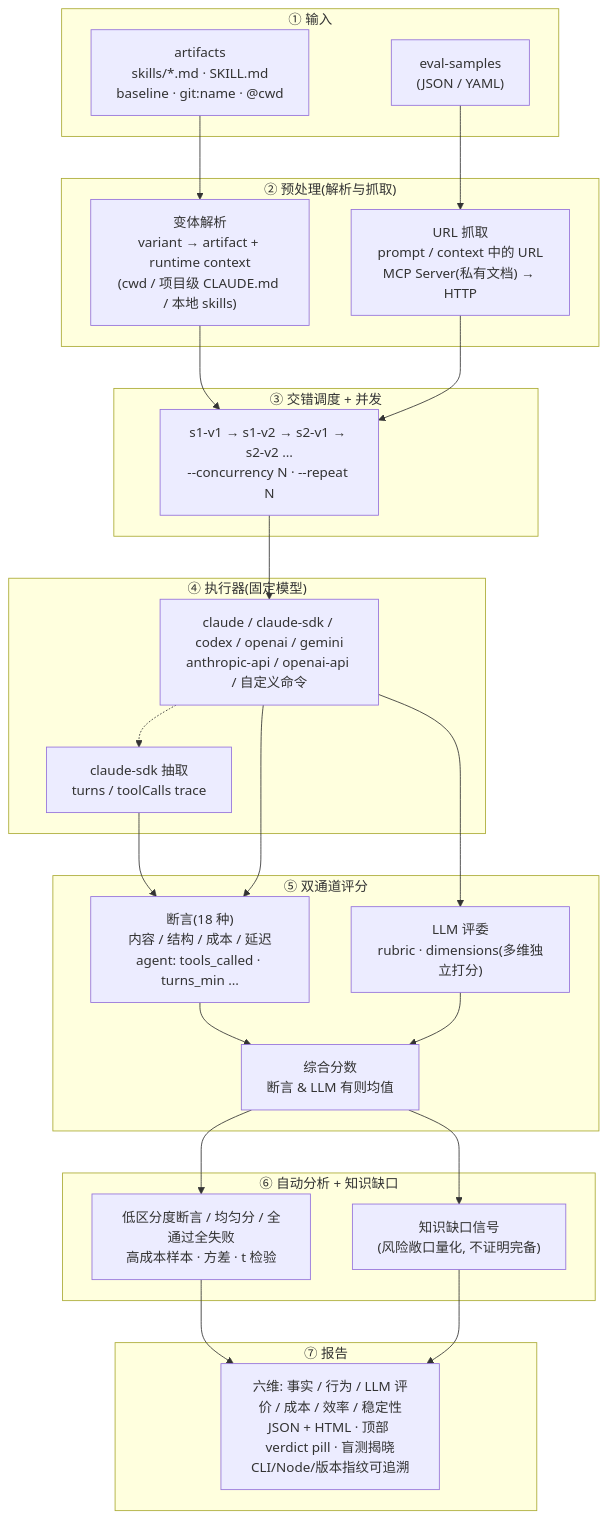
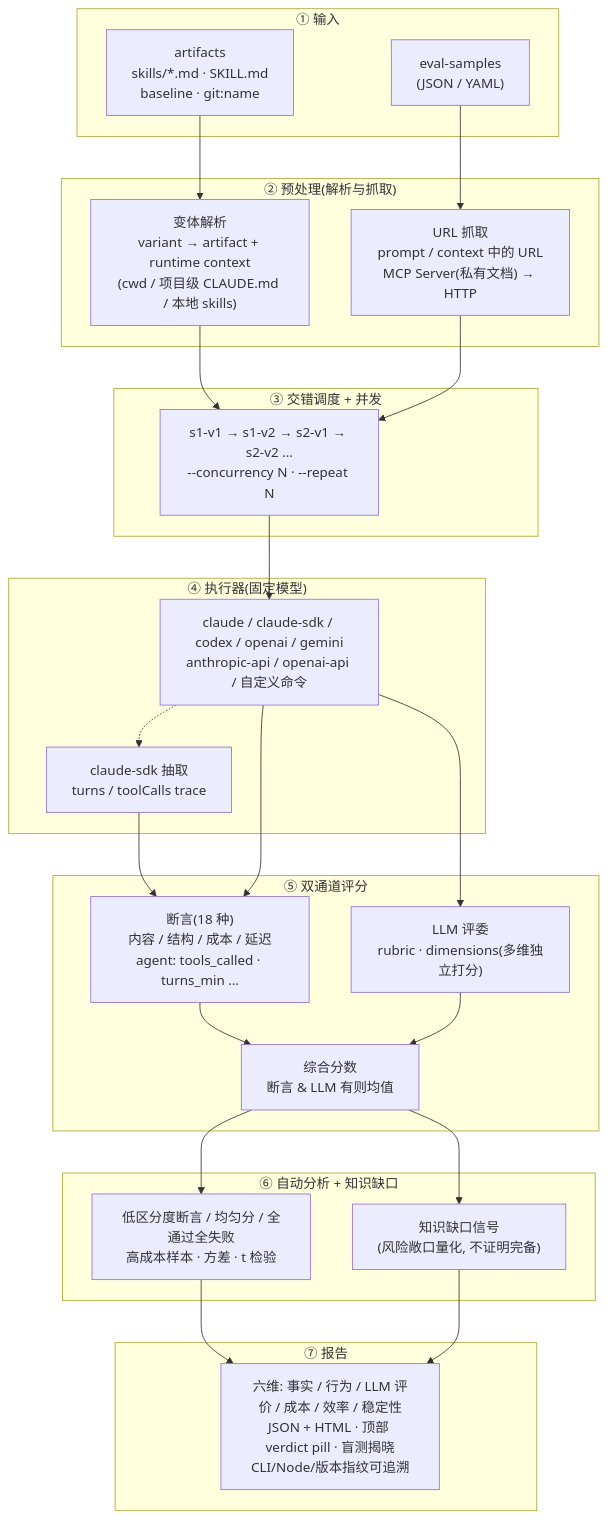
The diagram in docs/zh/explanation/architecture.md (lizhiyao/oh-my-knowledge), drawn with Mermaid before and after one commit. The commit also changed other lines of this file and 4 other files, not shown here.

First line of the commit message:
docs: variant 文档移除 name@cwd，改 --control-cwd/--treatment-cwd + eval.yaml cwd

````diff
--- a/docs/zh/explanation/architecture.md
+++ b/docs/zh/explanation/architecture.md
@@ -5,52 +5,52 @@
 ```mermaid
 flowchart TD
     subgraph Input["① 输入"]
         S["eval-samples<br/>(JSON / YAML)"]
-        A["artifacts<br/>skills/*.md · SKILL.md<br/>baseline · git:name · @cwd"]
+        A["artifacts<br/>skills/*.md · SKILL.md<br/>baseline · git:name"]
     end
 
     subgraph Prep["② 预处理(解析与抓取)"]
         V["变体解析<br/>variant → artifact + runtime context<br/>(cwd / 项目级 CLAUDE.md / 本地 skills)"]
         U["URL 抓取<br/>prompt / context 中的 URL<br/>MCP Server(私有文档) → HTTP"]
     end
 
     subgraph Schedule["③ 交错调度 + 并发"]
         Q["s1-v1 → s1-v2 → s2-v1 → s2-v2 …<br/>--concurrency N · --repeat N"]
     end
 
     subgraph Exec["④ 执行器(固定模型)"]
         E["claude / claude-sdk / codex / openai / gemini<br/>anthropic-api / openai-api / 自定义命令"]
         T["claude-sdk 抽取<br/>turns / toolCalls trace"]
         E -.-> T
     end
 
     subgraph Score["⑤ 双通道评分"]
         AS["断言(18 种)<br/>内容 / 结构 / 成本 / 延迟<br/>agent: tools_called · turns_min …"]
         LS["LLM 评委<br/>rubric · dimensions(多维独立打分)"]
         CS["综合分数<br/>断言 & LLM 有则均值"]
         AS --> CS
         LS --> CS
     end
 
     subgraph Analyze["⑥ 自动分析 + 知识缺口"]
         D["低区分度断言 / 均匀分 / 全通过全失败<br/>高成本样本 · 方差 · t 检验"]
         G["知识缺口信号<br/>(风险敞口量化, 不证明完备)"]
     end
 
     subgraph Report["⑦ 报告"]
         R["六维: 事实 / 行为 / LLM 评价 / 成本 / 效率 / 稳定性<br/>JSON + HTML · 顶部 verdict pill · 盲测揭晓<br/>CLI/Node/版本指纹可追溯"]
     end
 
     S --> U
     A --> V
     V --> Q
     U --> Q
     Q --> E
     T --> AS
     E --> AS
     E --> LS
     CS --> D
     CS --> G
     D --> R
     G --> R
 ```
````
